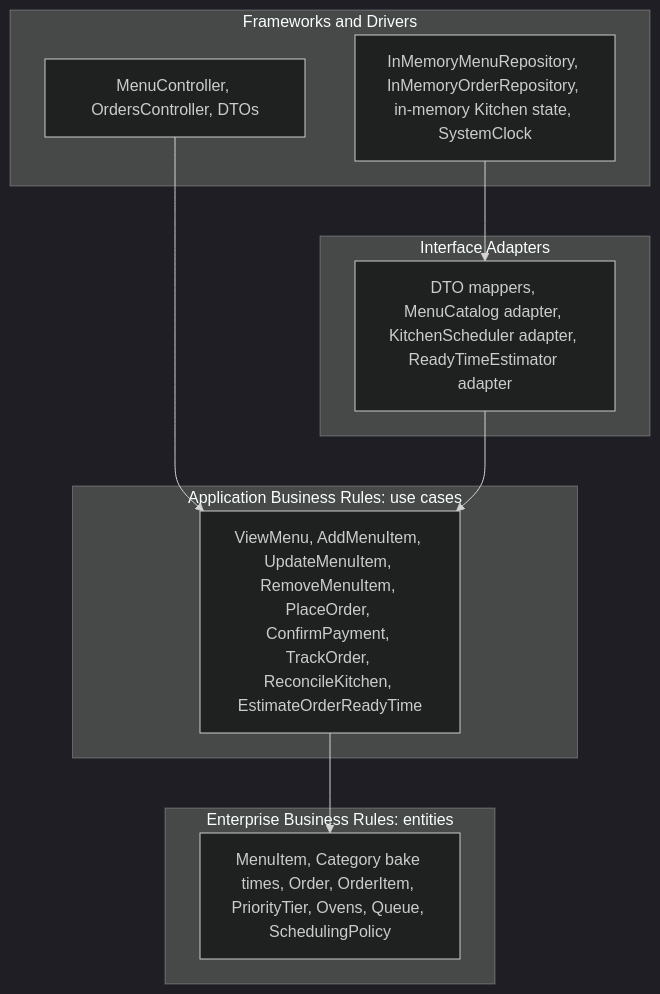
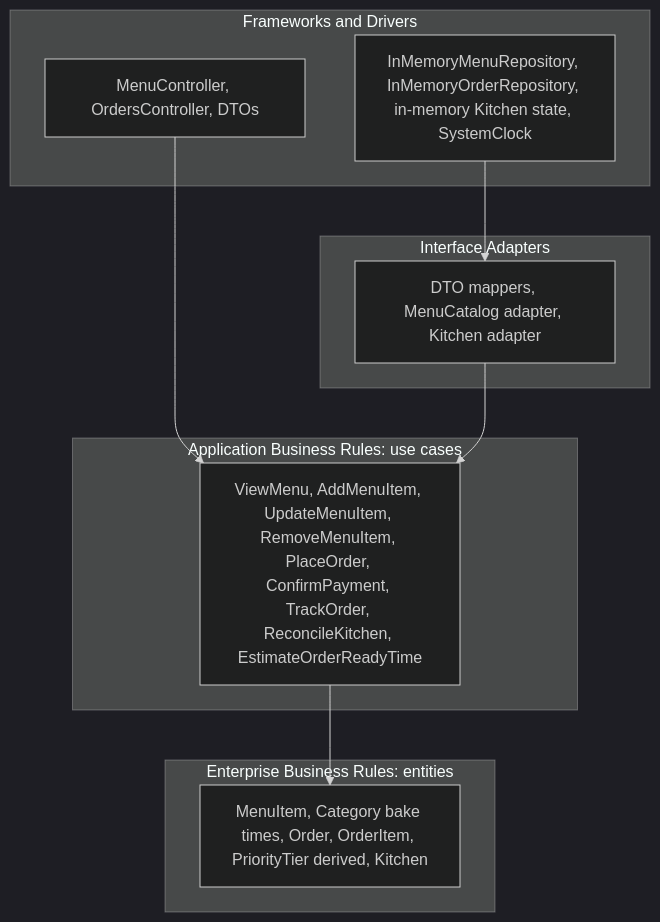
Before and after one commit to AndSanG/SnackBuilderBakery: the third of 3 diagrams in module-map.md, drawn with Mermaid (dark theme). The commit also changed other lines of this file and 2 other files, not shown here.

````diff
--- a/module-map.md
+++ b/module-map.md
@@ -140,21 +126,21 @@
 ```mermaid
 graph TD
   subgraph Drivers [Frameworks and Drivers]
     INF[InMemoryMenuRepository, InMemoryOrderRepository, in-memory Kitchen state, SystemClock]
     WEB[MenuController, OrdersController, DTOs]
   end
   subgraph Adapters [Interface Adapters]
-    AD[DTO mappers, MenuCatalog adapter, KitchenScheduler adapter, ReadyTimeEstimator adapter]
+    AD[DTO mappers, MenuCatalog adapter, Kitchen adapter]
   end
   subgraph UseCases [Application Business Rules: use cases]
     UC[ViewMenu, AddMenuItem, UpdateMenuItem, RemoveMenuItem, PlaceOrder, ConfirmPayment, TrackOrder, ReconcileKitchen, EstimateOrderReadyTime]
   end
   subgraph Entities [Enterprise Business Rules: entities]
-    ENT[MenuItem, Category bake times, Order, OrderItem, PriorityTier, Ovens, Queue, SchedulingPolicy]
+    ENT[MenuItem, Category bake times, Order, OrderItem, PriorityTier derived, Kitchen]
   end
 
   WEB --> UC
   INF --> AD
   AD --> UC
   UC --> ENT
 ```
````
